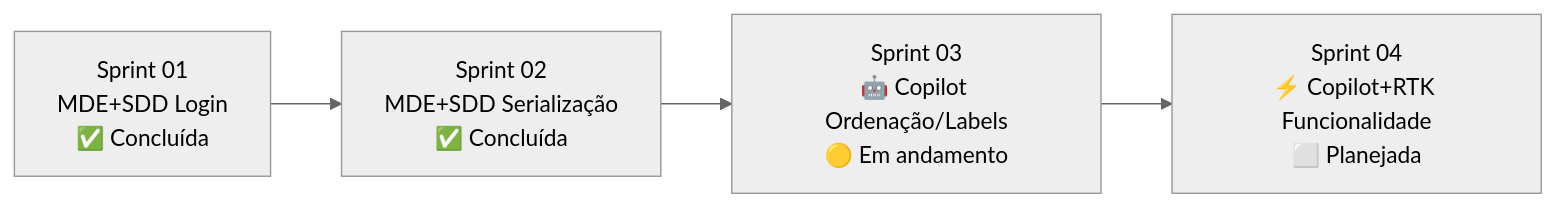
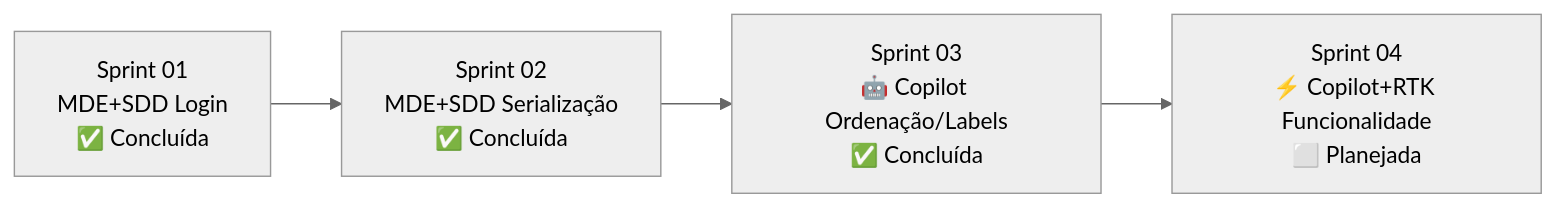
The second of 2 diagrams in relatorios/plano-sprints.md (BrunoWatanabe/TCC-KPC), drawn with Mermaid (neutral theme) before and after one commit. The commit also changed other lines of this file and 5 other files, not shown here.

````diff
--- a/relatorios/plano-sprints.md
+++ b/relatorios/plano-sprints.md
@@ -198,6 +193,6 @@
 ```mermaid
 flowchart LR
     S1[Sprint 01<br/>MDE+SDD Login<br/>✅ Concluída] --> S2[Sprint 02<br/>MDE+SDD Serialização<br/>✅ Concluída]
-    S2 --> S3[Sprint 03<br/>🤖 Copilot Ordenação/Labels<br/>🟡 Em andamento]
+    S2 --> S3[Sprint 03<br/>🤖 Copilot Ordenação/Labels<br/>✅ Concluída]
     S3 --> S4[Sprint 04<br/>⚡ Copilot+RTK Funcionalidade<br/>⬜ Planejada]
 ```
````
